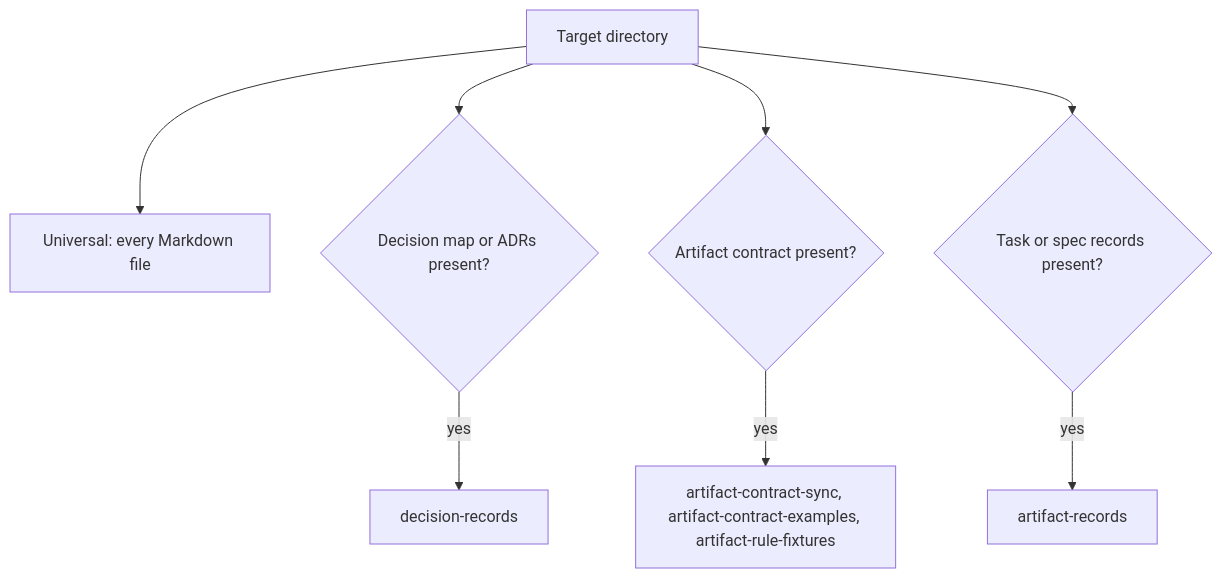
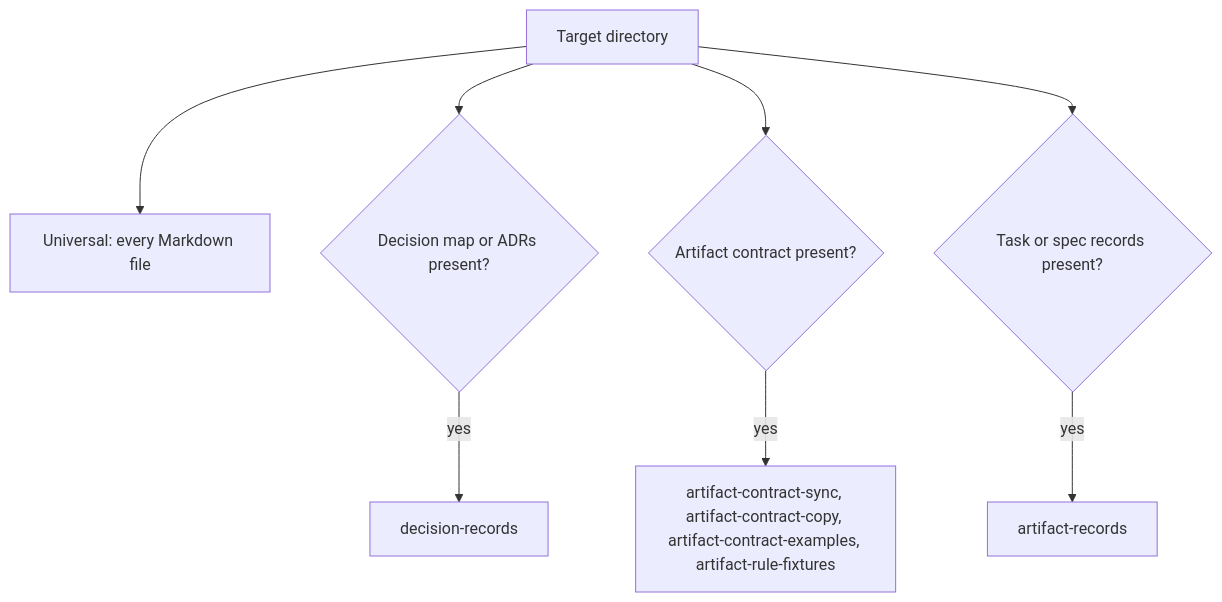
Before and after one commit to EduardoShibukawa/G-Inga: the diagram in docs/development.md, drawn with Mermaid. The commit also changed other lines of this file and 15 other files, not shown here.

First line of the commit message:
feat(bundle): deliver the artifact contract as a checked copy (A7)

````diff
--- a/docs/development.md
+++ b/docs/development.md
@@ -75,10 +75,10 @@
 ```mermaid
 flowchart TD
     T["Target directory"] --> U["Universal: every Markdown file"]
     T --> D{"Decision map or ADRs present?"}
     T --> C{"Artifact contract present?"}
     T --> R{"Task or spec records present?"}
     D -->|"yes"| DR["decision-records"]
-    C -->|"yes"| AC["artifact-contract-sync, artifact-contract-examples, artifact-rule-fixtures"]
+    C -->|"yes"| AC["artifact-contract-sync, artifact-contract-copy, artifact-contract-examples, artifact-rule-fixtures"]
     R -->|"yes"| AR["artifact-records"]
 ```
````
